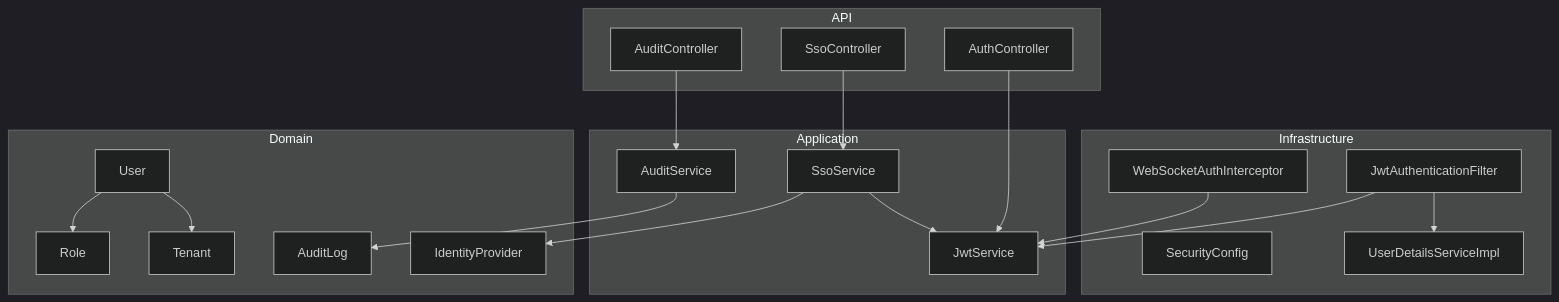
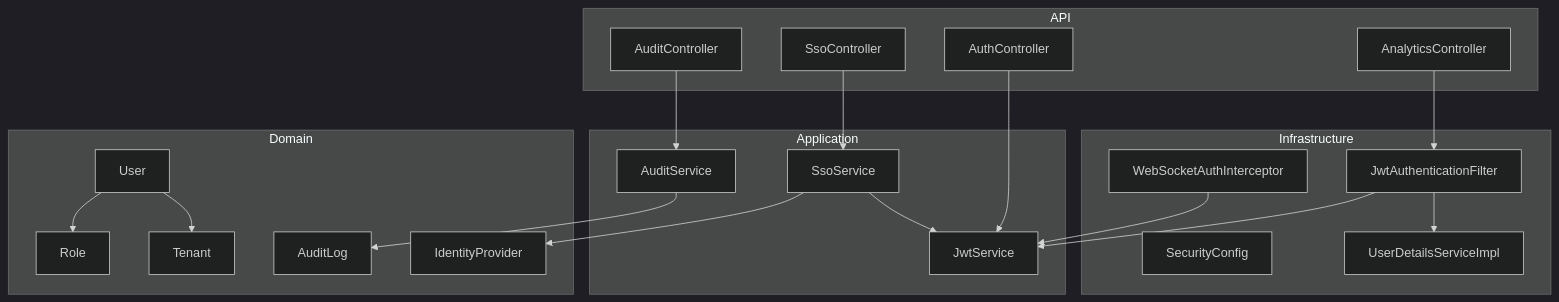
The first of 7 diagrams in .qoder/repowiki/en/content/Security Implementation/Security Implementation.md (Vostrikov2014/vks-qoder), drawn with Mermaid (dark theme) before and after one commit. The commit also changed other lines of this file and 15 other files, not shown here.

````diff
--- a/.qoder/repowiki/en/content/Security Implementation/Security Implementation.md
+++ b/.qoder/repowiki/en/content/Security Implementation/Security Implementation.md
@@ -45,37 +56,39 @@
 ```mermaid
 graph TB
 subgraph "Infrastructure"
 SC["SecurityConfig"]
 JAF["JwtAuthenticationFilter"]
 UDS["UserDetailsServiceImpl"]
 WSA["WebSocketAuthInterceptor"]
 end
 subgraph "Application"
 JS["JwtService"]
 SS["SsoService"]
 AS["AuditService"]
 end
 subgraph "Domain"
 R["Role"]
 T["Tenant"]
 U["User"]
 AL["AuditLog"]
 IP["IdentityProvider"]
 end
 subgraph "API"
 AC["AuthController"]
 SSC["SsoController"]
 AUCC["AuditController"]
+ANAC["AnalyticsController"]
 end
 AC --> JS
 SSC --> SS
 SS --> JS
 JAF --> JS
 JAF --> UDS
 WSA --> JS
 AS --> AL
 AUCC --> AS
+ANAC --> JAF
 U --> R
 U --> T
 SS --> IP
 ```
````
